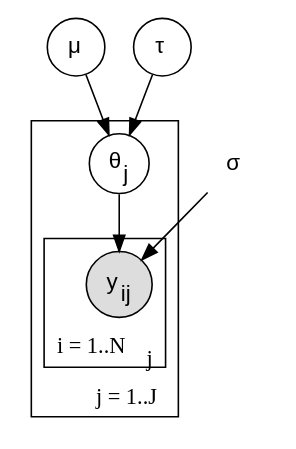
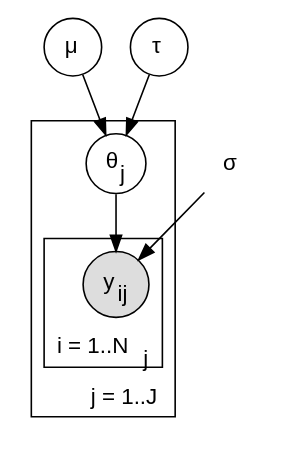
The first of 2 diagrams in academic-diagrams/templates/bayesian-model.md (hchouTW/agentic-ai-skills), drawn with Graphviz before and after one commit. The commit also changed 13 other files, not shown here.

First line of the commit message:
academic-diagrams: close TODO tooling gaps - PlantUML, LuaLaTeX Feynman, venue rules

````diff
--- a/academic-diagrams/templates/bayesian-model.md
+++ b/academic-diagrams/templates/bayesian-model.md
@@ -22,17 +22,17 @@
 ```dot
 digraph model {
-    rankdir=TB; node [fontname="Helvetica", shape=circle];
+    rankdir=TB; graph [fontname="Helvetica"]; node [fontname="Helvetica", shape=circle];
     mu  [label=<&mu;>];
     tau [label=<&tau;>];
     sig [shape=plaintext, label=<&sigma;>];
     subgraph cluster_j {
         label="j = 1..J"; labeljust=r; labelloc=b;
         th [label=<&theta;<sub>j</sub>>];
         subgraph cluster_i {
             label=<i = 1..N<sub>j</sub>>; labeljust=r; labelloc=b;
             y [label=<y<sub>ij</sub>>, style=filled, fillcolor="#dddddd"];
         }
     }
     mu -> th; tau -> th; th -> y; sig -> y;
 }
 ```
````
